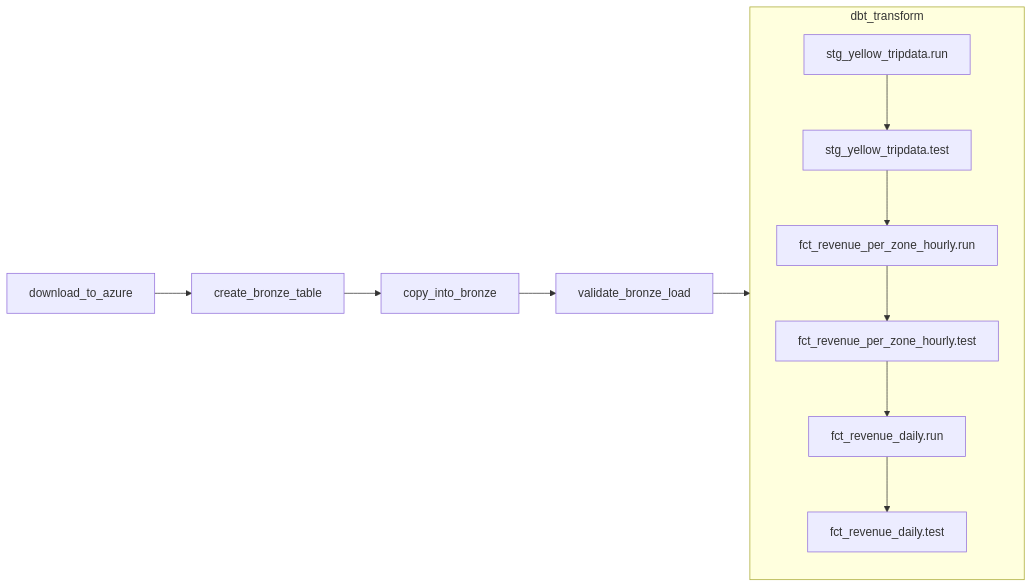
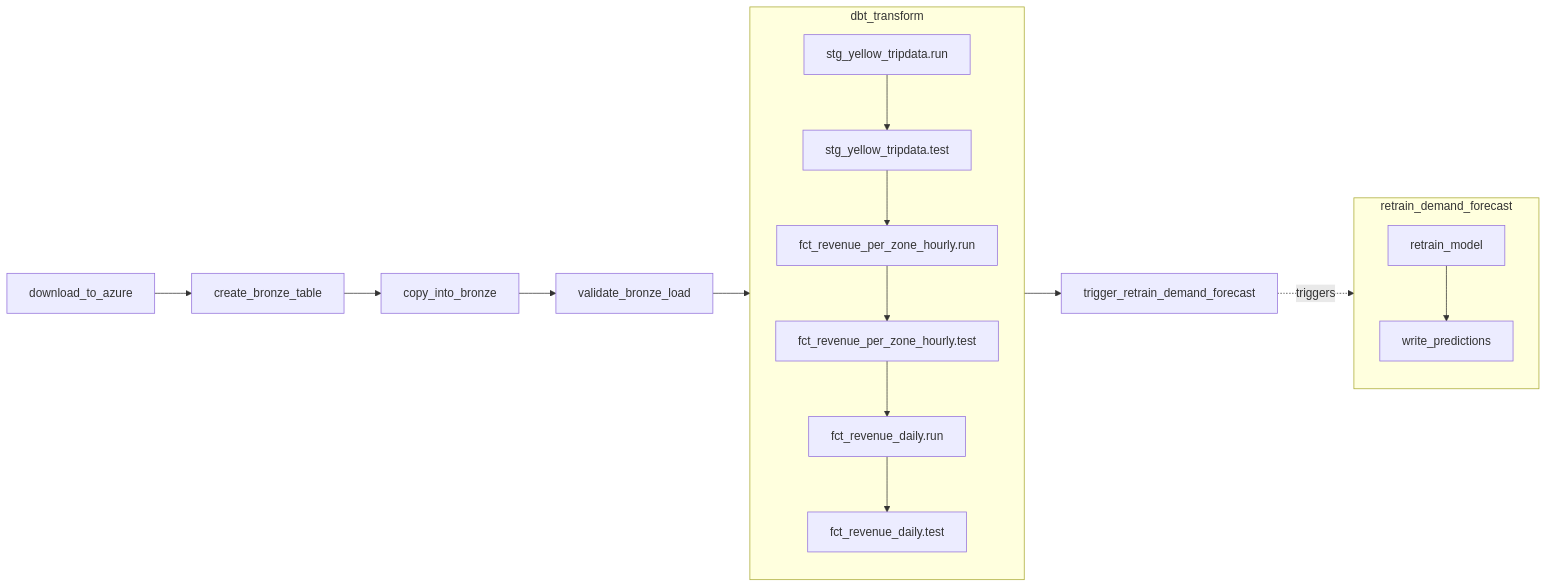
Before and after one commit to rushikeshdhumal/nyc-tlc-analytics: the diagram in README.md, drawn with Mermaid. The commit also changed other lines of this file, not shown here.

Commit message:
Update README: Phase 7 demand forecasting added

````diff
--- a/README.md
+++ b/README.md
@@ -52,15 +63,23 @@
 ```mermaid
 flowchart LR
     A[download_to_azure] --> B[create_bronze_table]
     B --> C[copy_into_bronze]
     C --> D[validate_bronze_load]
     D --> dbt
 
     subgraph dbt[dbt_transform]
         F[stg_yellow_tripdata.run] --> F2[stg_yellow_tripdata.test]
         F2 --> G[fct_revenue_per_zone_hourly.run]
         G --> G2[fct_revenue_per_zone_hourly.test]
         G2 --> H[fct_revenue_daily.run]
         H --> H2[fct_revenue_daily.test]
     end
+
+    dbt --> T[trigger_retrain_demand_forecast]
+
+    subgraph retrain[retrain_demand_forecast]
+        R1[retrain_model] --> R2[write_predictions]
+    end
+
+    T -.->|triggers| retrain
 ```
````
